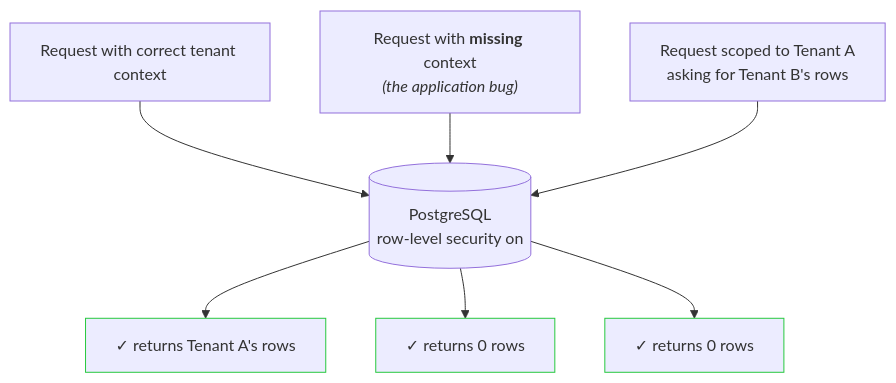
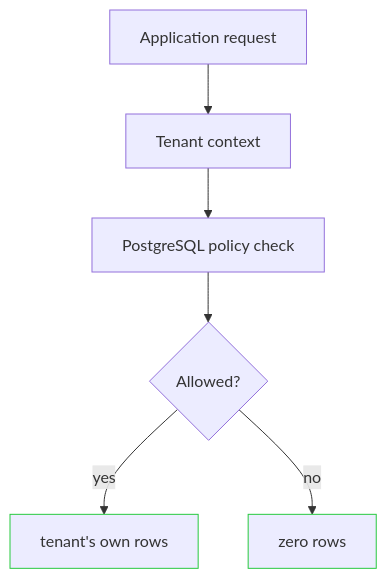
One commit to Sebastian-O-Rodriguez/showcase-pmlad changed the first of 2 diagrams in README.md. Above: the diagram before and after it, drawn with Mermaid. The commit also changed other lines of this file, not shown here.

Commit message:
docs: editorial pass — product-first, vertical conceptual diagram, why-before-how

````diff
--- a/README.md
+++ b/README.md
@@ -13,12 +13,10 @@
 ```mermaid
 flowchart TB
-    A["Request with correct tenant context"] --> DB[("PostgreSQL<br/>row-level security on")]
-    B["Request with <b>missing</b> context<br/><i>(the application bug)</i>"] --> DB
-    C["Request scoped to Tenant A<br/>asking for Tenant B's rows"] --> DB
-    DB --> R1["✓ returns Tenant A's rows"]
-    DB --> R2["✓ returns 0 rows"]
-    DB --> R3["✓ returns 0 rows"]
-    style R1 stroke:#27c93f
-    style R2 stroke:#27c93f
-    style R3 stroke:#27c93f
+    REQ["Application request"] --> CTX["Tenant context"]
+    CTX --> POL["PostgreSQL policy check"]
+    POL --> Q{"Allowed?"}
+    Q -->|yes| OK["tenant's own rows"]
+    Q -->|no| DENY["zero rows"]
+    style OK stroke:#27c93f
+    style DENY stroke:#27c93f
 ```
````
